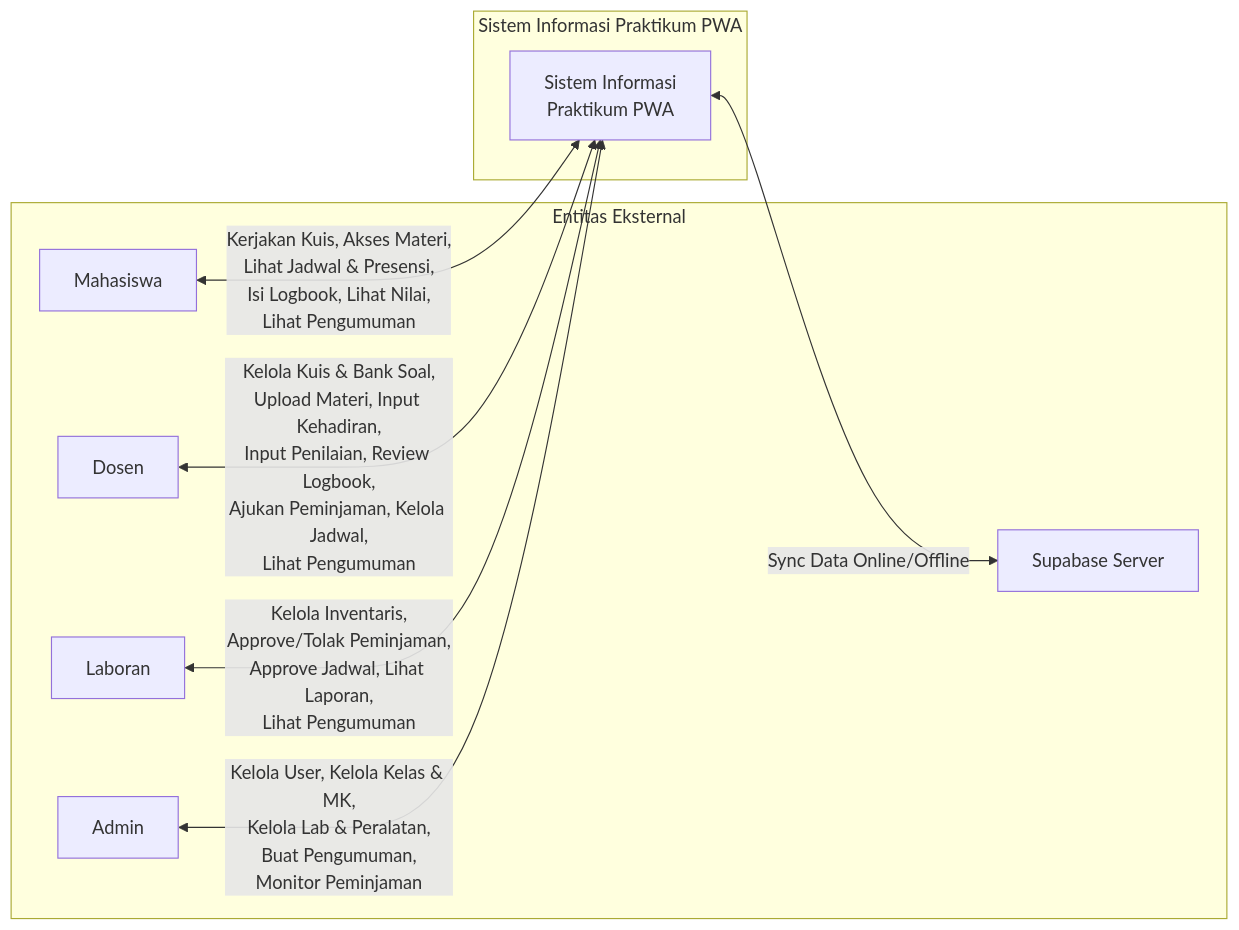
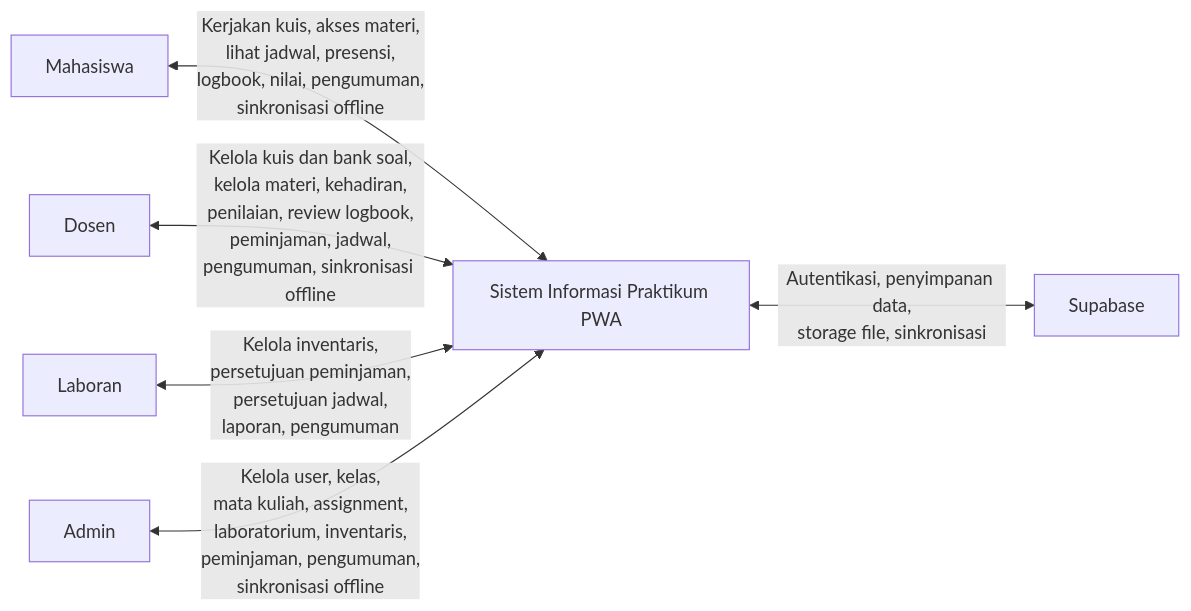
Before and after one commit to taufiq1285/sistem-pwa: the first of 7 diagrams in docs/DFD.md, drawn with Mermaid. The commit also changed other lines of this file and 76 other files, not shown here.

````diff
--- a/docs/DFD.md
+++ b/docs/DFD.md
@@ -23,24 +25,35 @@
 ```mermaid
 graph LR
-    subgraph "Entitas Eksternal"
-        Mahasiswa[Mahasiswa]
-        Dosen[Dosen]
-        Laboran[Laboran]
-        Admin[Admin]
-        Supabase[Supabase Server]
-    end
+    Mahasiswa[Mahasiswa]
+    Dosen[Dosen]
+    Laboran[Laboran]
+    Admin[Admin]
+    Supabase[Supabase]
 
-    subgraph "Sistem Informasi Praktikum PWA"
-        SPWA[Sistem Informasi\nPraktikum PWA]
-    end
+    SPWA[Sistem Informasi Praktikum PWA]
 
-    Mahasiswa <-->|"Kerjakan Kuis, Akses Materi,\nLihat Jadwal & Presensi,\nIsi Logbook, Lihat Nilai,\nLihat Pengumuman"| SPWA
+    Mahasiswa <-->|"Kerjakan kuis, akses materi,
+lihat jadwal, presensi,
+logbook, nilai, pengumuman,
+sinkronisasi offline"| SPWA
 
-    Dosen <-->|"Kelola Kuis & Bank Soal,\nUpload Materi, Input Kehadiran,\nInput Penilaian, Review Logbook,\nAjukan Peminjaman, Kelola Jadwal,\nLihat Pengumuman"| SPWA
+    Dosen <-->|"Kelola kuis dan bank soal,
+kelola materi, kehadiran,
+penilaian, review logbook,
+peminjaman, jadwal,
+pengumuman, sinkronisasi offline"| SPWA
 
-    Laboran <-->|"Kelola Inventaris,\nApprove/Tolak Peminjaman,\nApprove Jadwal, Lihat Laporan,\nLihat Pengumuman"| SPWA
+    Laboran <-->|"Kelola inventaris,
+persetujuan peminjaman,
+persetujuan jadwal,
+laporan, pengumuman"| SPWA
 
-    Admin <-->|"Kelola User, Kelola Kelas & MK,\nKelola Lab & Peralatan,\nBuat Pengumuman,\nMonitor Peminjaman"| SPWA
+    Admin <-->|"Kelola user, kelas,
+mata kuliah, assignment,
+laboratorium, inventaris,
+peminjaman, pengumuman,
+sinkronisasi offline"| SPWA
 
-    SPWA <-->|"Sync Data Online/Offline"| Supabase
+    SPWA <-->|"Autentikasi, penyimpanan data,
+storage file, sinkronisasi"| Supabase
 ```
````
